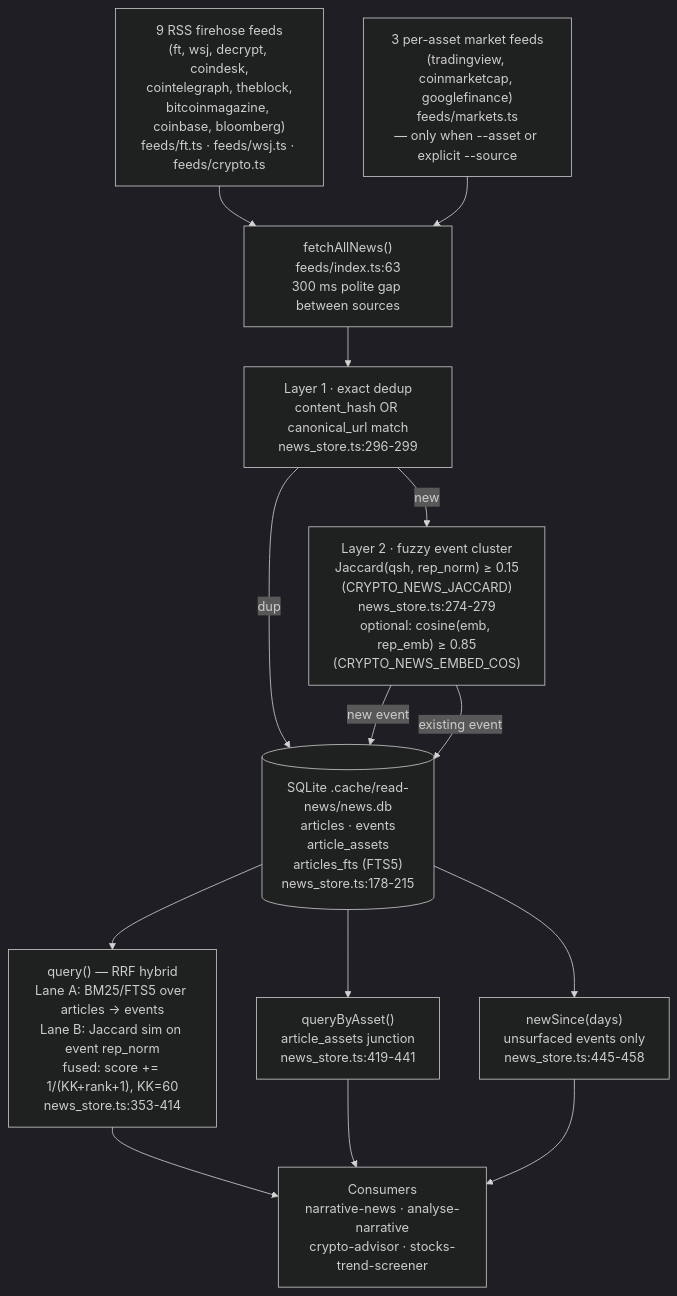
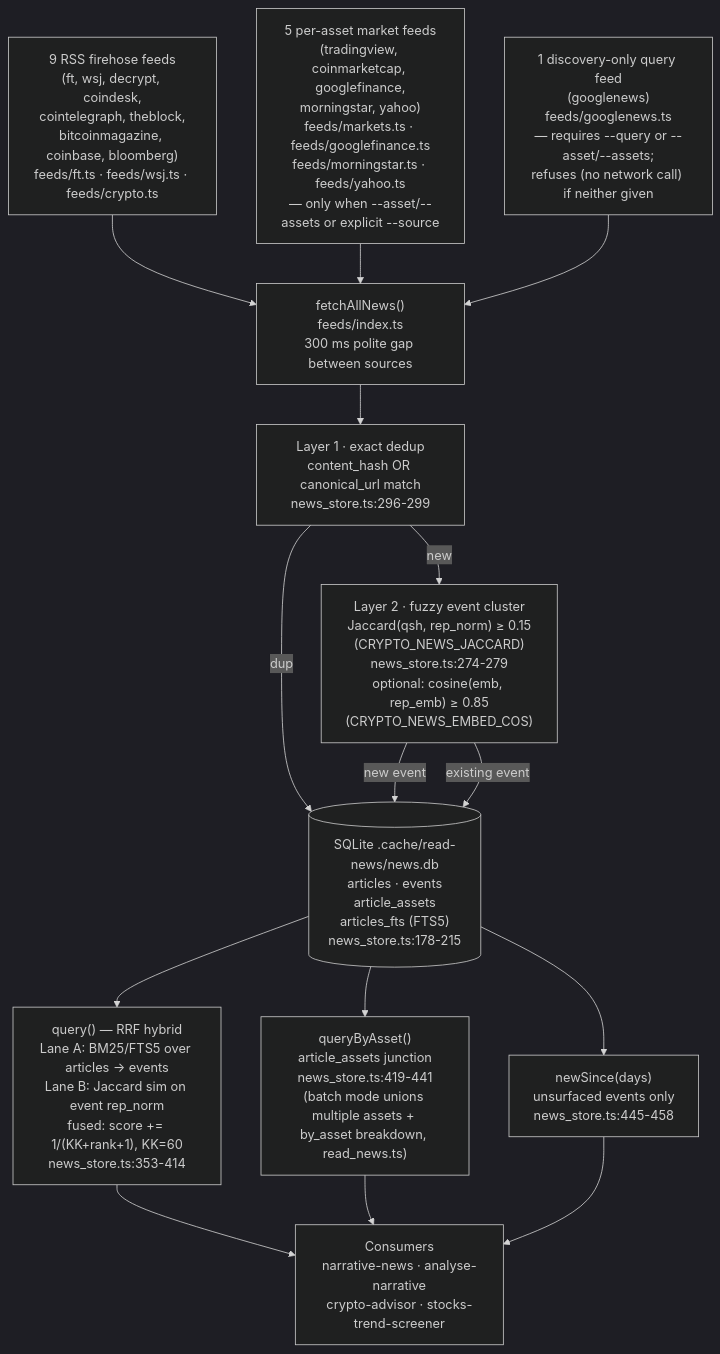
One commit to dzianisv/NonFinancialAdviceAgents changed the diagram in .agents/skills/read-news/README.md. Above: the diagram before and after it, drawn with Mermaid (dark theme). The commit also changed other lines of this file and 31 other files, not shown here.

````diff
--- a/.agents/skills/read-news/README.md
+++ b/.agents/skills/read-news/README.md
@@ -7,58 +9,67 @@
 ```mermaid
 flowchart TD
     F9["9 RSS firehose feeds
 (ft, wsj, decrypt, coindesk,
 cointelegraph, theblock,
 bitcoinmagazine, coinbase, bloomberg)
 feeds/ft.ts · feeds/wsj.ts · feeds/crypto.ts"]
-    F3["3 per-asset market feeds
-(tradingview, coinmarketcap, googlefinance)
-feeds/markets.ts
-— only when --asset or explicit --source"]
+    F5["5 per-asset market feeds
+(tradingview, coinmarketcap, googlefinance,
+morningstar, yahoo)
+feeds/markets.ts · feeds/googlefinance.ts
+feeds/morningstar.ts · feeds/yahoo.ts
+— only when --asset/--assets or explicit --source"]
+    FQ["1 discovery-only query feed
+(googlenews)
+feeds/googlenews.ts
+— requires --query or --asset/--assets;
+refuses (no network call) if neither given"]
 
     FETCH["fetchAllNews()
-feeds/index.ts:63
+feeds/index.ts
 300 ms polite gap between sources"]
 
     L1["Layer 1 · exact dedup
 content_hash OR canonical_url match
 news_store.ts:296-299"]
     L2["Layer 2 · fuzzy event cluster
 Jaccard(qsh, rep_norm) ≥ 0.15
 (CRYPTO_NEWS_JACCARD)
 news_store.ts:274-279
 optional: cosine(emb, rep_emb) ≥ 0.85
 (CRYPTO_NEWS_EMBED_COS)"]
 
     DB[("SQLite .cache/read-news/news.db
 articles · events
 article_assets
 articles_fts (FTS5)
 news_store.ts:178-215")]
 
     QA["query() — RRF hybrid
 Lane A: BM25/FTS5 over articles → events
 Lane B: Jaccard sim on event rep_norm
 fused: score += 1/(KK+rank+1), KK=60
 news_store.ts:353-414"]
     QB["queryByAsset()
 article_assets junction
-news_store.ts:419-441"]
+news_store.ts:419-441
+(batch mode unions multiple assets + by_asset breakdown, read_news.ts)"]
     QC["newSince(days)
 unsurfaced events only
 news_store.ts:445-458"]
 
     CONSUMERS["Consumers
 narrative-news · analyse-narrative
 crypto-advisor · stocks-trend-screener"]
 
     F9 --> FETCH
-    F3 --> FETCH
+    F5 --> FETCH
+    FQ --> FETCH
     FETCH --> L1
     L1 -->|new| L2
     L1 -->|dup| DB
     L2 -->|new event| DB
     L2 -->|existing event| DB
     DB --> QA & QB & QC
     QA & QB & QC --> CONSUMERS
 ```
````
